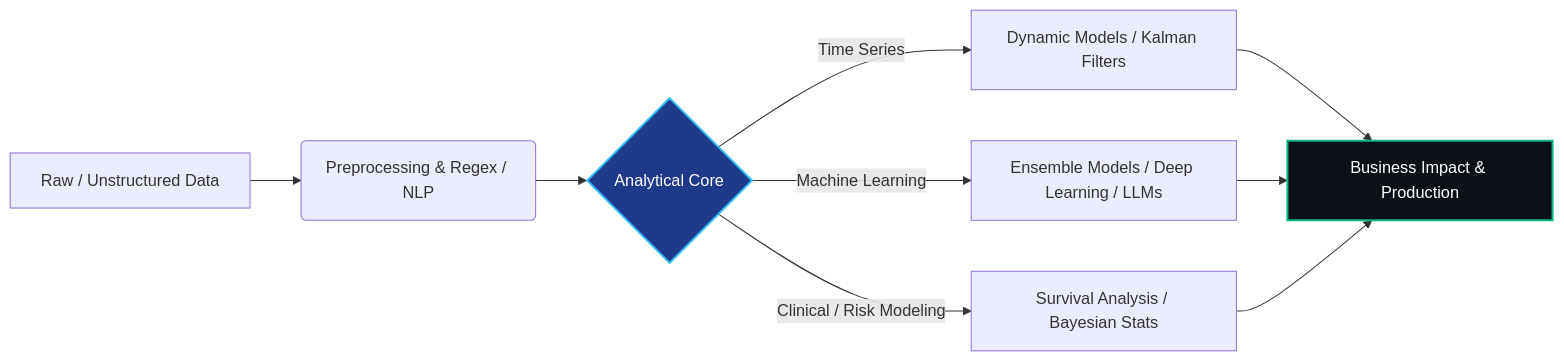
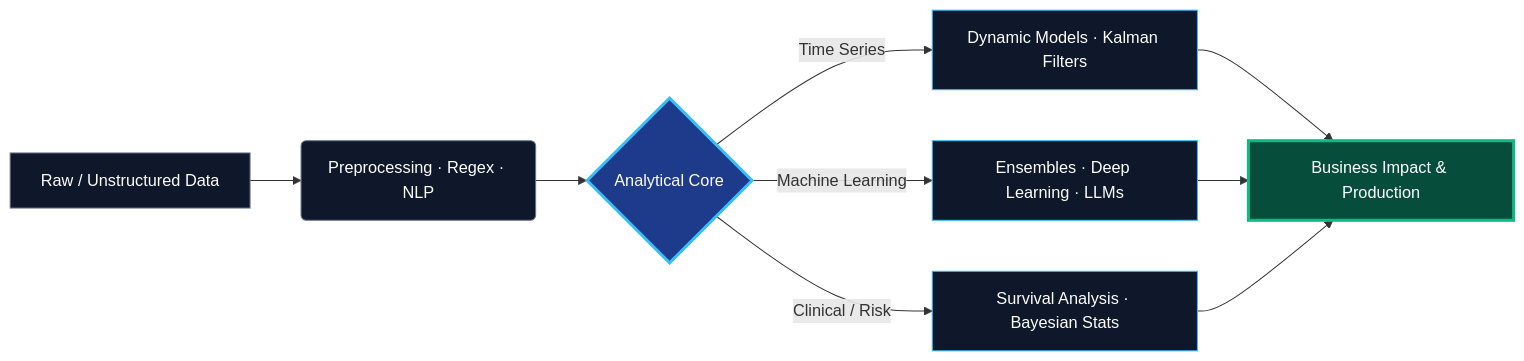
Before and after one commit to CarlosCandela02/CarlosCandela02: the diagram in README.md, drawn with Mermaid. The commit also changed other lines of this file, not shown here.

````diff
--- a/README.md
+++ b/README.md
@@ -77,13 +137,18 @@
 ```mermaid
 graph LR
-    A[Raw / Unstructured Data] --> B(Preprocessing & Regex / NLP)
+    A[Raw / Unstructured Data] --> B(Preprocessing · Regex · NLP)
     B --> C{Analytical Core}
-    C -->|Time Series| D[Dynamic Models / Kalman Filters]
-    C -->|Machine Learning| E[Ensemble Models / Deep Learning / LLMs]
-    C -->|Clinical / Risk Modeling| F[Survival Analysis / Bayesian Stats]
+    C -->|Time Series| D[Dynamic Models · Kalman Filters]
+    C -->|Machine Learning| E[Ensembles · Deep Learning · LLMs]
+    C -->|Clinical / Risk| F[Survival Analysis · Bayesian Stats]
     D --> G[Business Impact & Production]
     E --> G
     F --> G
-    style C fill:#1e3a8a,stroke:#38bdf8,stroke-width:2px,color:#fff
-    style G fill:#0d1117,stroke:#10b981,stroke-width:2px,color:#fff
+    style A fill:#0f172a,stroke:#64748b,color:#fff
+    style B fill:#0f172a,stroke:#64748b,color:#fff
+    style C fill:#1e3a8a,stroke:#38bdf8,stroke-width:3px,color:#fff
+    style D fill:#0f172a,stroke:#38bdf8,color:#fff
+    style E fill:#0f172a,stroke:#38bdf8,color:#fff
+    style F fill:#0f172a,stroke:#38bdf8,color:#fff
+    style G fill:#064e3b,stroke:#10b981,stroke-width:3px,color:#fff
 ```
````
